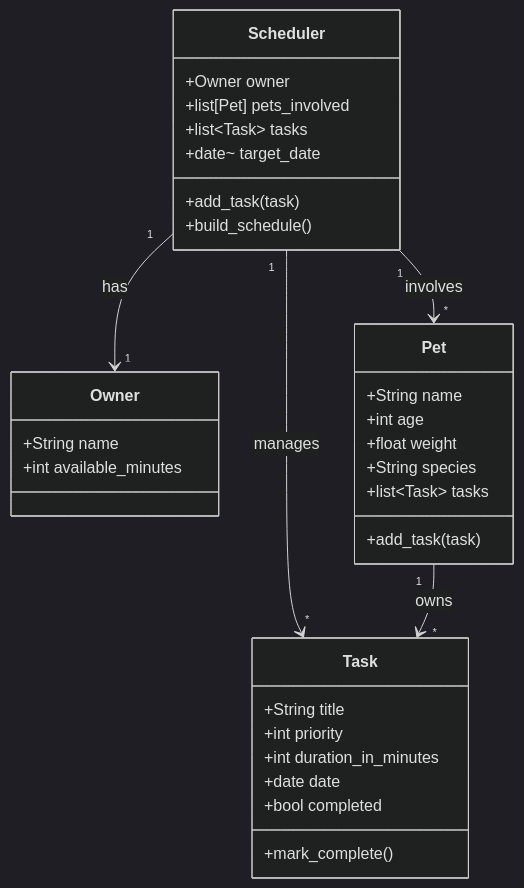
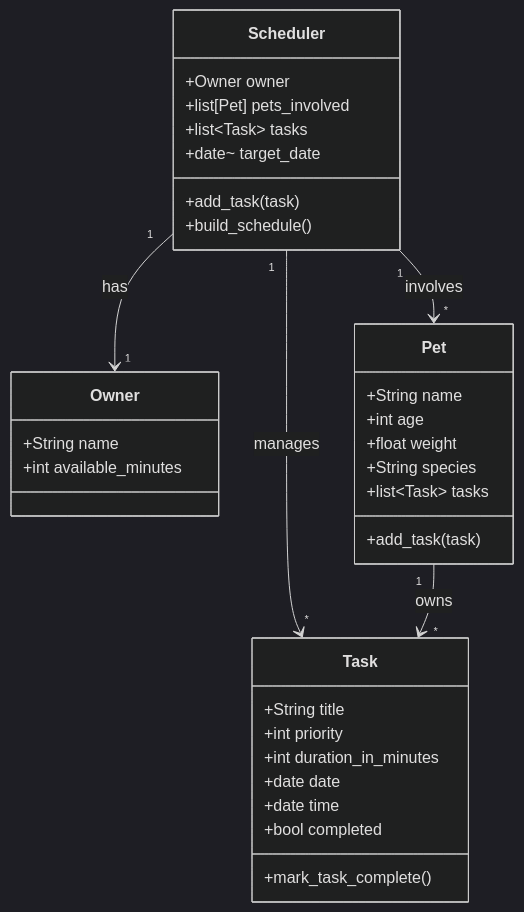
One commit to capyBearista/AI110-pawpal-starter changed the diagram in reflection.md. Above: the diagram before and after it, drawn with Mermaid (dark theme). The commit also changed other lines of this file and 2 other files, not shown here.

````diff
--- a/reflection.md
+++ b/reflection.md
@@ -26,39 +26,40 @@
 ```mermaid
 classDiagram
     class Owner {
         +String name
         +int available_minutes
     }
 
     class Pet {
         +String name
         +int age
         +float weight
         +String species
         +list~Task~ tasks
         +add_task(task)
     }
 
     class Task {
         +String title
         +int priority
         +int duration_in_minutes
         +date date
+        +date time
         +bool completed
-        +mark_complete()
+        +mark_task_complete()
     }
 
     class Scheduler {
         +Owner owner
         +list[Pet] pets_involved
         +list~Task~ tasks
         +date~ target_date
         +add_task(task)
         +build_schedule()
     }
 
     Scheduler "1" --> "1" Owner : has
     Scheduler "1" --> "*" Pet : involves
     Scheduler "1" --> "*" Task : manages
     Pet "1" --> "*" Task : owns
 ```
````
